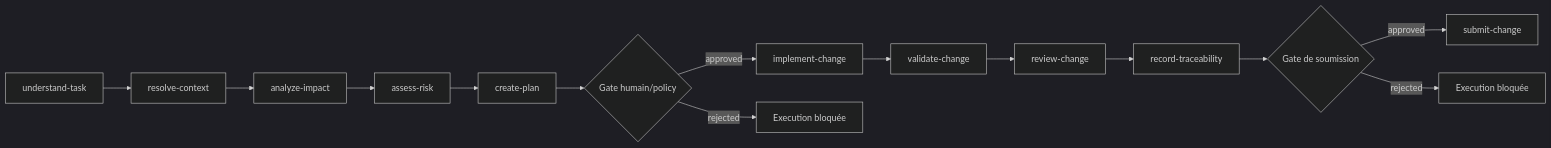
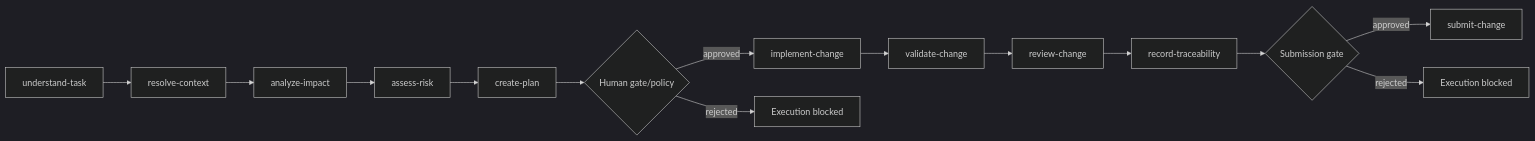
Before and after one commit to ricken07/ai-engineering-factory: the second of 8 diagrams in docs/00-factory-reference-architecture.md, drawn with Mermaid (dark theme). The commit also changed other lines of this file and 32 other files, not shown here.

````diff
--- a/docs/00-factory-reference-architecture.md
+++ b/docs/00-factory-reference-architecture.md
@@ -150,21 +142,21 @@
 ```mermaid
 flowchart LR
     understand[understand-task]
     context[resolve-context]
     impact[analyze-impact]
     risk[assess-risk]
     plan[create-plan]
-    gate1{Gate humain/policy}
+    gate1{Human gate/policy}
     implement[implement-change]
     validate[validate-change]
     review[review-change]
     trace[record-traceability]
     submit[submit-change]
-    gate2{Gate de soumission}
+    gate2{Submission gate}
 
     understand --> context --> impact --> risk --> plan --> gate1
     gate1 -->|approved| implement --> validate --> review --> trace --> gate2
     gate2 -->|approved| submit
-    gate1 -->|rejected| stop1[Execution bloquée]
-    gate2 -->|rejected| stop2[Execution bloquée]
+    gate1 -->|rejected| stop1[Execution blocked]
+    gate2 -->|rejected| stop2[Execution blocked]
 ```
````
